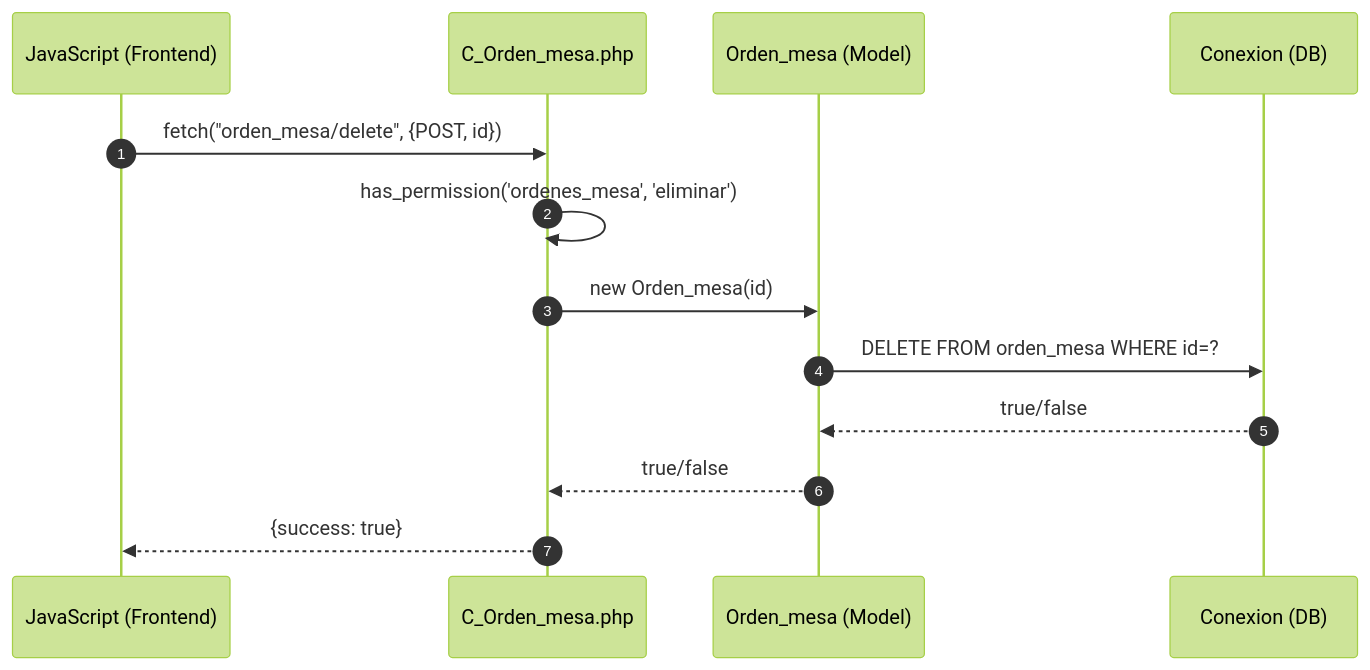
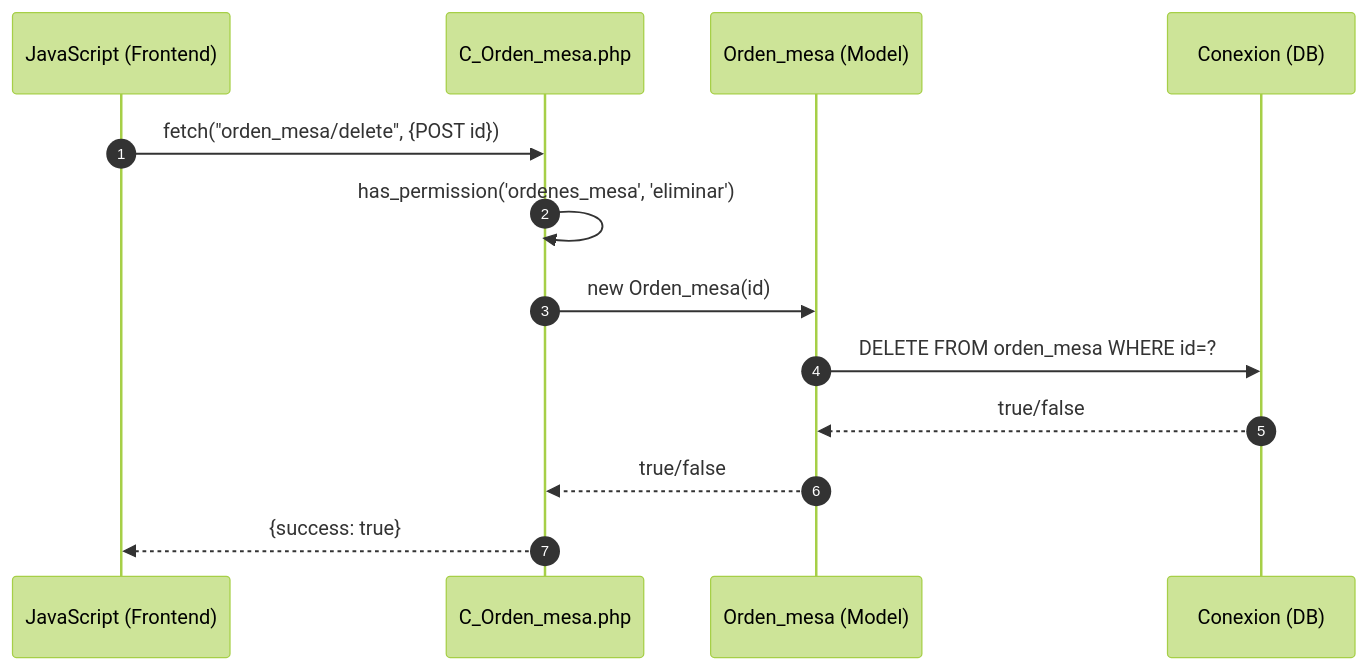
One commit to Tecrato/BurgerHouse changed the fifth of 5 diagrams in docs/secuencia/mesas/mesas.md. Above: the diagram before and after it, drawn with Mermaid (forest theme). The commit also changed other lines of this file and 13 other files, not shown here.

Commit message:
diagramas de secuencia

````diff
--- a/docs/secuencia/mesas/mesas.md
+++ b/docs/secuencia/mesas/mesas.md
@@ -114,19 +114,19 @@
 ```mermaid
 sequenceDiagram
     autonumber
     participant JS as JavaScript (Frontend)
     participant C_Orden_mesa as C_Orden_mesa.php
     participant Orden_mesa as Orden_mesa (Model)
     participant DB as Conexion (DB)
     
-    JS->>C_Orden_mesa: fetch("orden_mesa/delete", {POST, id})
+    JS->>C_Orden_mesa: fetch("orden_mesa/delete", {POST id})
     
     C_Orden_mesa->>C_Orden_mesa: has_permission('ordenes_mesa', 'eliminar')
     
     C_Orden_mesa->>Orden_mesa: new Orden_mesa(id)
     Orden_mesa->>DB: DELETE FROM orden_mesa WHERE id=?
     DB-->>Orden_mesa: true/false
     Orden_mesa-->>C_Orden_mesa: true/false
     
     C_Orden_mesa-->>JS: {success: true}
 ```
````
